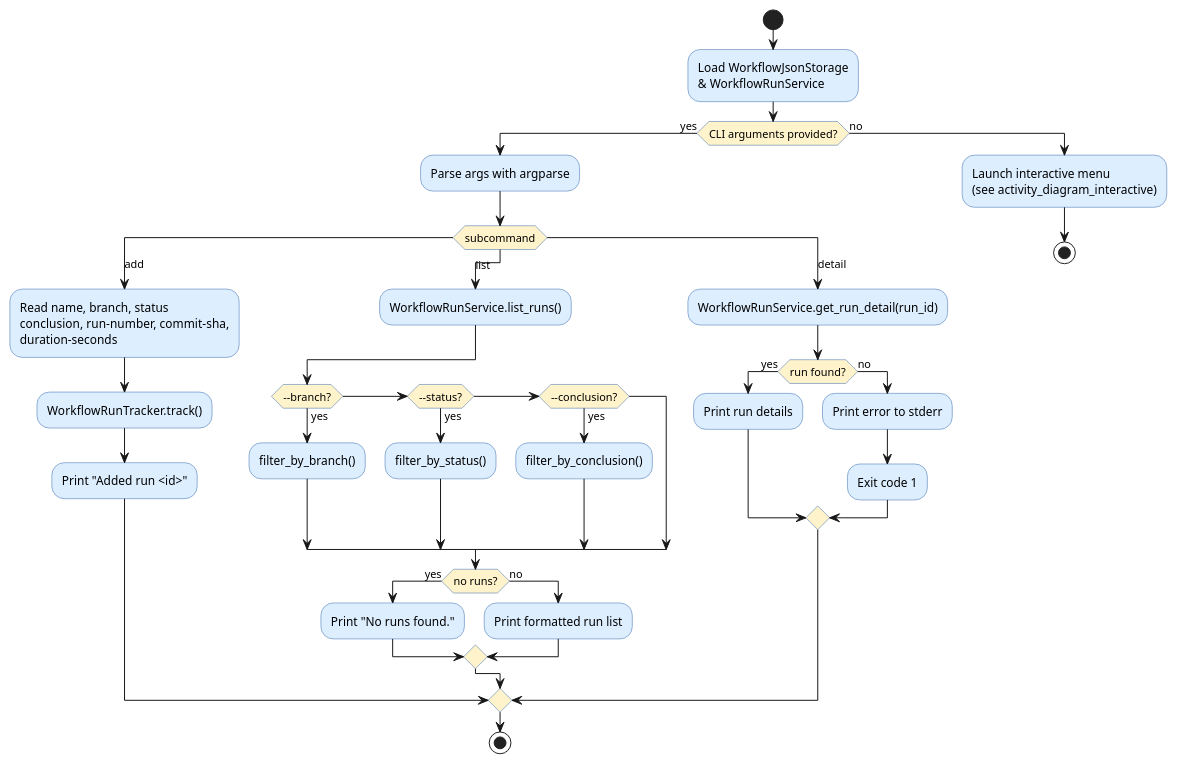
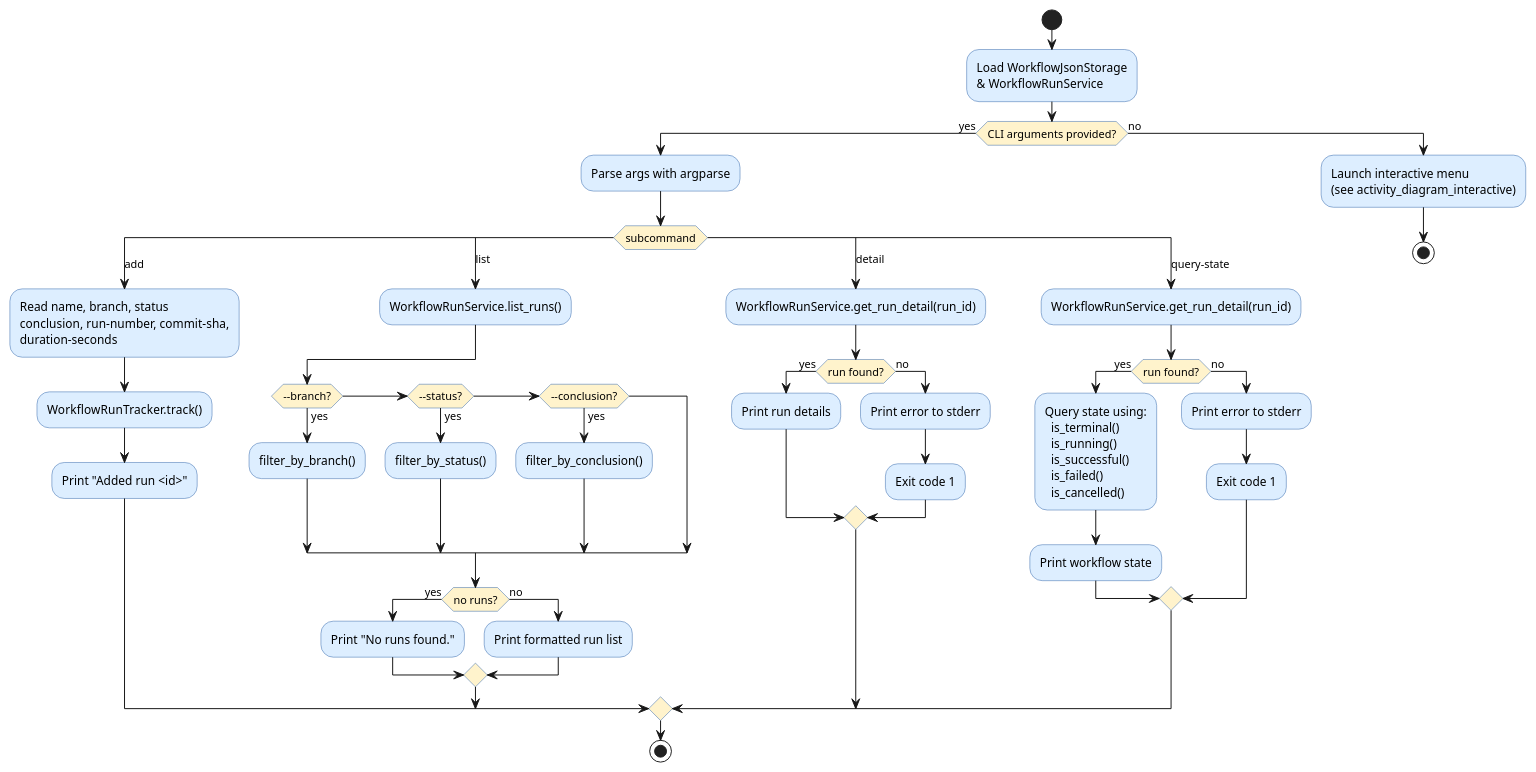
The diagram in experiments/pipeline/structured_text/github-workflow-manager/artifacts/activity_diagram_main.puml (DanielRiha8906/Software_autoevolution_using_agents), drawn with PlantUML before and after one commit. The commit also changed 8 other files, not shown here.

```diff
--- a/experiments/pipeline/structured_text/github-workflow-manager/artifacts/activity_diagram_main.puml
+++ b/experiments/pipeline/structured_text/github-workflow-manager/artifacts/activity_diagram_main.puml
@@ -1,52 +1,62 @@
 @startuml activity_diagram_main
 
 skinparam activityBackgroundColor #DDEEFF
 skinparam activityBorderColor     #3366AA
 skinparam activityDiamondBackgroundColor #FFF3CC
 
 start
 
 :Load WorkflowJsonStorage\n& WorkflowRunService;
 
 if (CLI arguments provided?) then (yes)
   :Parse args with argparse;
   switch (subcommand)
 
     case (add)
       :Read name, branch, status\nconclusion, run-number, commit-sha,\nduration-seconds;
       :WorkflowRunTracker.track();
       :Print "Added run <id>";
 
     case (list)
       :WorkflowRunService.list_runs();
       if (--branch?) then (yes)
         :filter_by_branch();
       elseif (--status?) then (yes)
         :filter_by_status();
       elseif (--conclusion?) then (yes)
         :filter_by_conclusion();
       endif
       if (no runs?) then (yes)
         :Print "No runs found.";
       else (no)
         :Print formatted run list;
       endif
 
     case (detail)
       :WorkflowRunService.get_run_detail(run_id);
       if (run found?) then (yes)
         :Print run details;
       else (no)
         :Print error to stderr;
         :Exit code 1;
       endif
 
+    case (query-state)
+      :WorkflowRunService.get_run_detail(run_id);
+      if (run found?) then (yes)
+        :Query state using:\n  is_terminal()\n  is_running()\n  is_successful()\n  is_failed()\n  is_cancelled();
+        :Print workflow state;
+      else (no)
+        :Print error to stderr;
+        :Exit code 1;
+      endif
+
   endswitch
   stop
 
 else (no)
   :Launch interactive menu\n(see activity_diagram_interactive);
   stop
 endif
 
 @enduml
```
